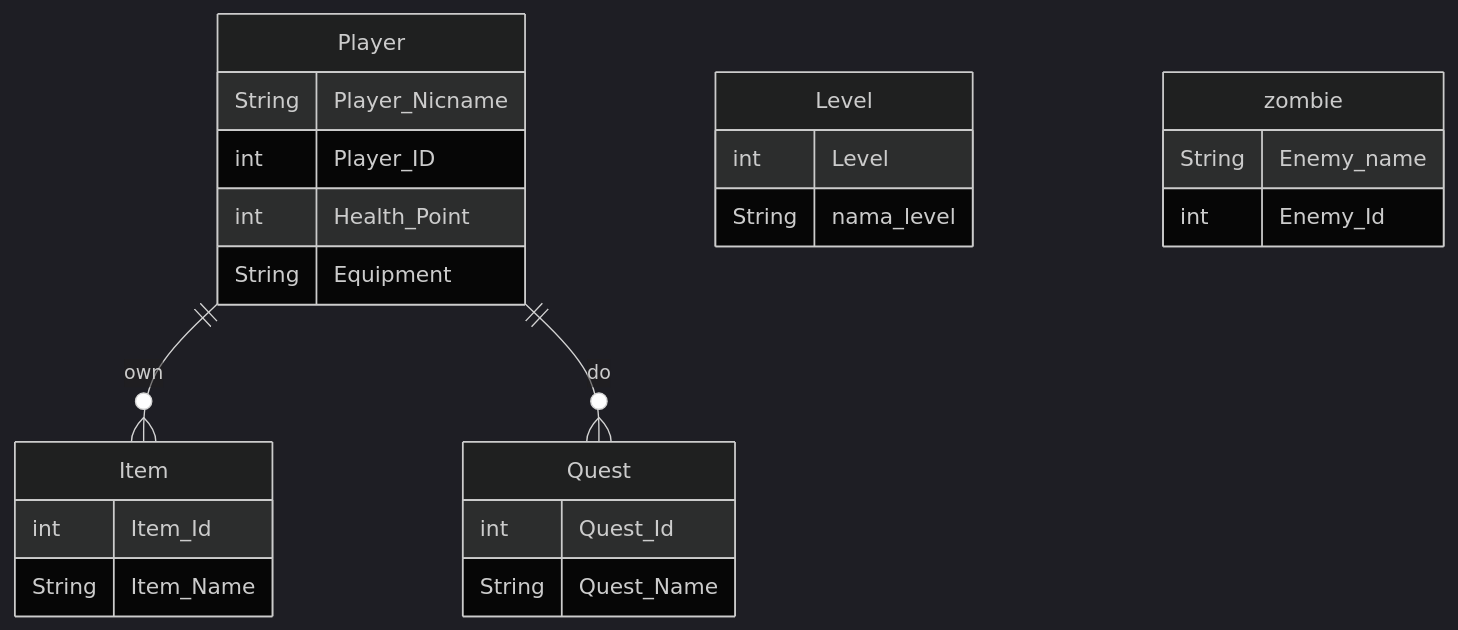
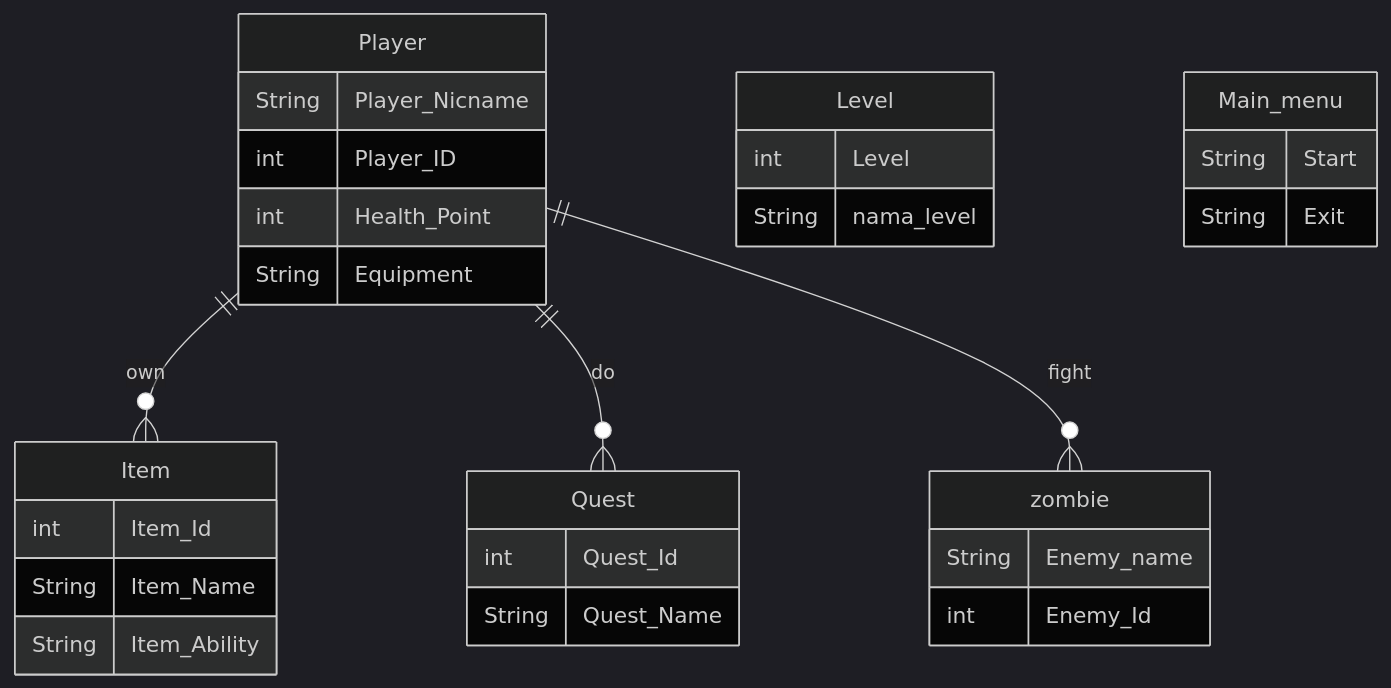
One commit to keeaanoo/Pengenalan-Informatika changed the first of 2 diagrams in UTS.md. Above: the diagram before and after it, drawn with Mermaid (dark theme).

````diff
--- a/UTS.md
+++ b/UTS.md
@@ -55,28 +55,34 @@
 ```mermaid
 erDiagram
  Player{
         String  Player_Nicname
         int     Player_ID
         int     Health_Point
         String  Equipment
     }
  Item{
         int     Item_Id
-        String     Item_Name
+        String  Item_Name
+        String  Item_Ability
     }
 Quest{
         int    Quest_Id
-        String    Quest_Name
+        String Quest_Name
     }
 Level{
         int    Level
-        String    nama_level
+        String nama_level
     }
 zombie{
-        String    Enemy_name
+        String Enemy_name
         int    Enemy_Id
     }
+Main_menu{
+        String Start
+        String Exit
+}
 
     Player||--o{Item : own
     Player||--o{Quest : do
+    Player||--o{zombie : fight
  ```
````
